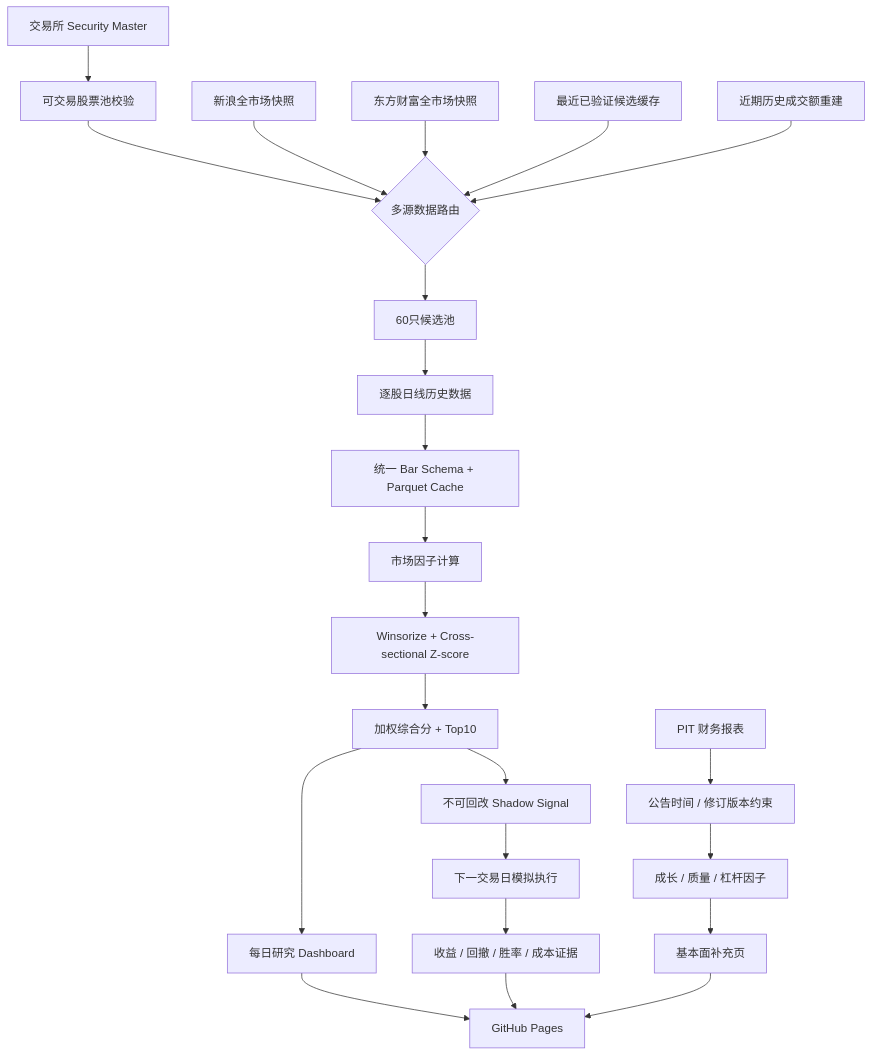
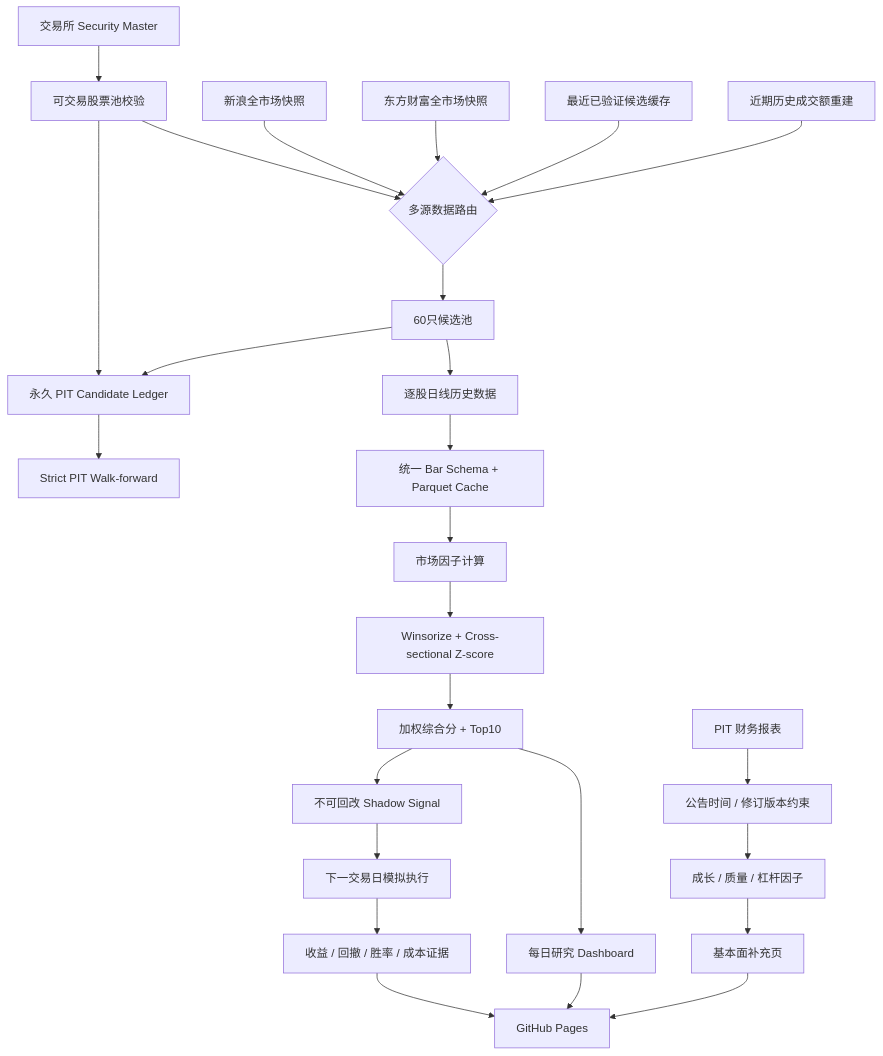
The diagram in README.md (wangqiyue26-lab/A-share-analysis-system), drawn with Mermaid before and after one commit. The commit also changed other lines of this file and 9 other files, not shown here.

First line of the commit message:
Phase 4K: strict PIT universe evidence and fail-closed validation

````diff
--- a/README.md
+++ b/README.md
@@ -119,29 +120,32 @@
 ```mermaid
 flowchart TD
     A[交易所 Security Master] --> B[可交易股票池校验]
     S1[新浪全市场快照] --> C{多源数据路由}
     S2[东方财富全市场快照] --> C
     S3[最近已验证候选缓存] --> C
     S4[近期历史成交额重建] --> C
 
     B --> C
     C --> D[60只候选池]
     D --> E[逐股日线历史数据]
     E --> F[统一 Bar Schema + Parquet Cache]
     F --> G[市场因子计算]
     G --> H[Winsorize + Cross-sectional Z-score]
     H --> I[加权综合分 + Top10]
 
     P[PIT 财务报表] --> Q[公告时间 / 修订版本约束]
     Q --> R[成长 / 质量 / 杠杆因子]
     R --> J[基本面补充页]
 
     I --> K[每日研究 Dashboard]
+    D --> PIT[永久 PIT Candidate Ledger]
+    B --> PIT
+    PIT --> STRICT[Strict PIT Walk-forward]
     I --> L[不可回改 Shadow Signal]
     L --> M[下一交易日模拟执行]
     M --> N[收益 / 回撤 / 胜率 / 成本证据]
 
     K --> O[GitHub Pages]
     J --> O
     N --> O
 ```
````
